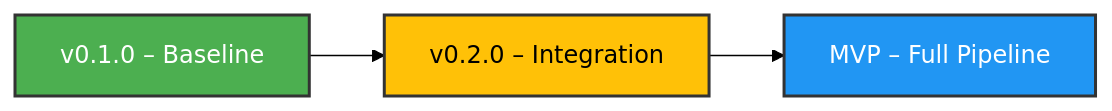
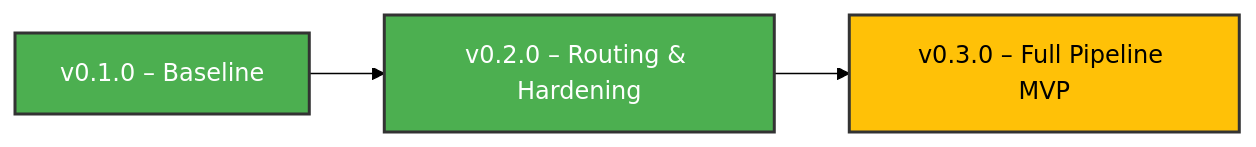
Before and after one commit to aftahi334/alpha-smart-router: the diagram in README.md, drawn with Mermaid (forest theme). The commit also changed other lines of this file and 27 other files, not shown here.

First line of the commit message:
Complete v0.2.0 routing semantics, tests, and architecture diagrams

````diff
--- a/README.md
+++ b/README.md
@@ -23,13 +23,13 @@
 ```mermaid
 flowchart LR
-  A[v0.1.0 – Baseline] --> B[v0.2.0 – Integration]
-B --> C[MVP – Full Pipeline]
+  A[v0.1.0 – Baseline] --> B[v0.2.0 – Routing & Hardening]
+  B --> C[v0.3.0 – Full Pipeline MVP]
 
-A:::done
-B:::inprog
-C:::future
+  A:::done
+  B:::done
+  C:::inprog
 
-classDef done fill:#4CAF50,stroke:#333,stroke-width:2px,color:#fff;
-classDef inprog fill:#FFC107,stroke:#333,stroke-width:2px,color:#000;
-classDef future fill:#2196F3,stroke:#333,stroke-width:2px,color:#fff;
+  classDef done fill:#4CAF50,stroke:#333,stroke-width:2px,color:#fff;
+  classDef inprog fill:#FFC107,stroke:#333,stroke-width:2px,color:#000;
+  classDef future fill:#2196F3,stroke:#333,stroke-width:2px,color:#fff;
 ```
````
